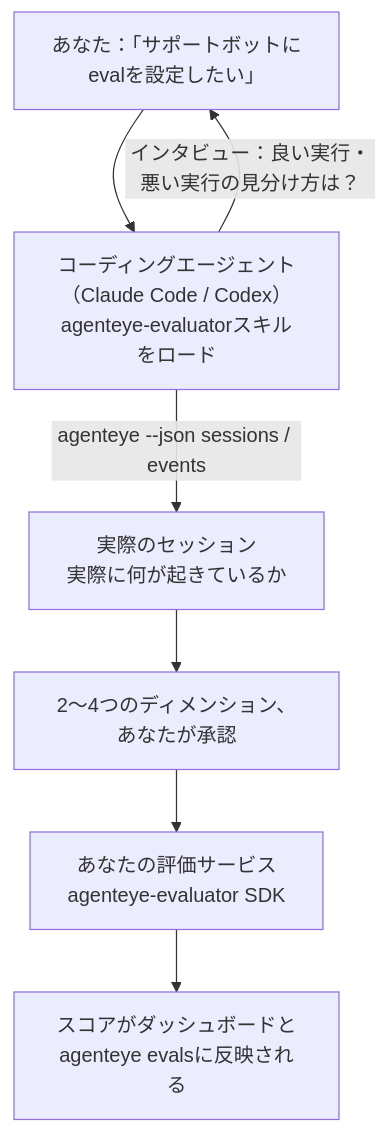
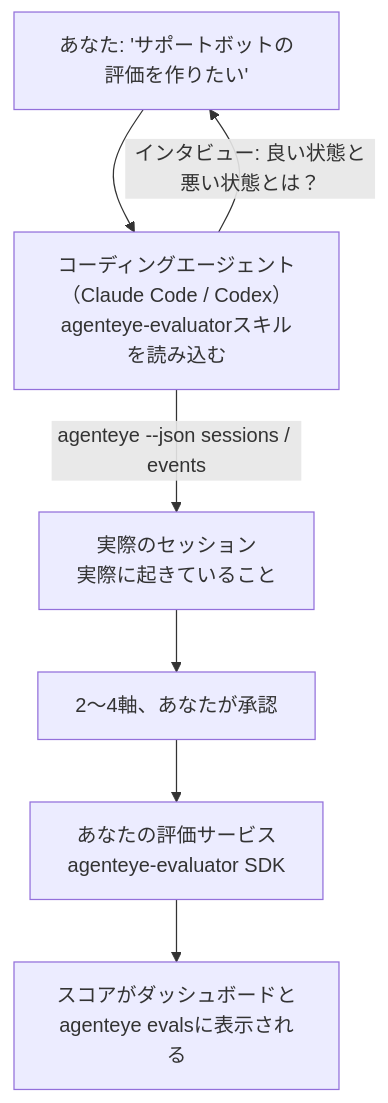
One commit to FailproofAI/failproofai changed the diagram in docs/ja/agenteye/evaluator-skill.mdx. Above: the diagram before and after it, drawn with Mermaid. The commit also changed other lines of this file and 649 other files, not shown here.

````diff
--- a/docs/ja/agenteye/evaluator-skill.mdx
+++ b/docs/ja/agenteye/evaluator-skill.mdx
@@ -21,9 +21,9 @@
 ```mermaid
 flowchart TD
-    YOU["あなた：「サポートボットにevalを設定したい」"] --> AGENT["コーディングエージェント（Claude Code / Codex）<br/>agenteye-evaluatorスキルをロード"]
-    AGENT -->|"インタビュー：良い実行・悪い実行の見分け方は？"| YOU
-    AGENT -->|"agenteye --json sessions / events"| DATA["実際のセッション<br/>実際に何が起きているか"]
-    DATA --> DIMS["2〜4つのディメンション、あなたが承認"]
+    YOU["あなた: 'サポートボットの評価を作りたい'"] --> AGENT["コーディングエージェント（Claude Code / Codex）<br/>agenteye-evaluatorスキルを読み込む"]
+    AGENT -->|"インタビュー: 良い状態と悪い状態とは？"| YOU
+    AGENT -->|"agenteye --json sessions / events"| DATA["実際のセッション<br/>実際に起きていること"]
+    DATA --> DIMS["2〜4軸、あなたが承認"]
     DIMS --> SVC["あなたの評価サービス<br/>agenteye-evaluator SDK"]
-    SVC --> SCORES["スコアがダッシュボードと<br/>agenteye evalsに反映される"]
+    SVC --> SCORES["スコアがダッシュボードと<br/>agenteye evalsに表示される"]
 ```
````
